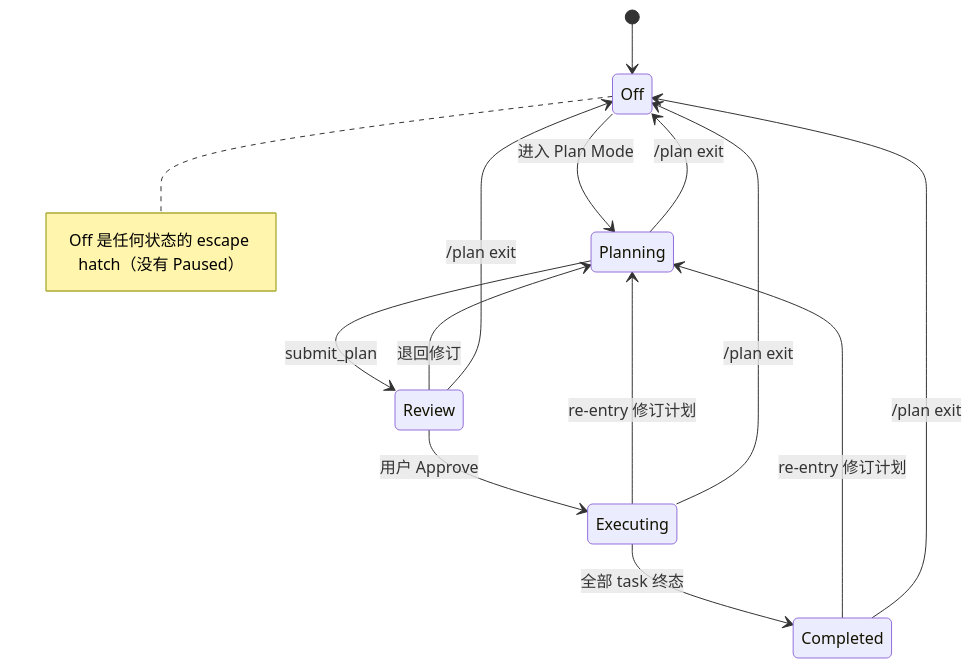
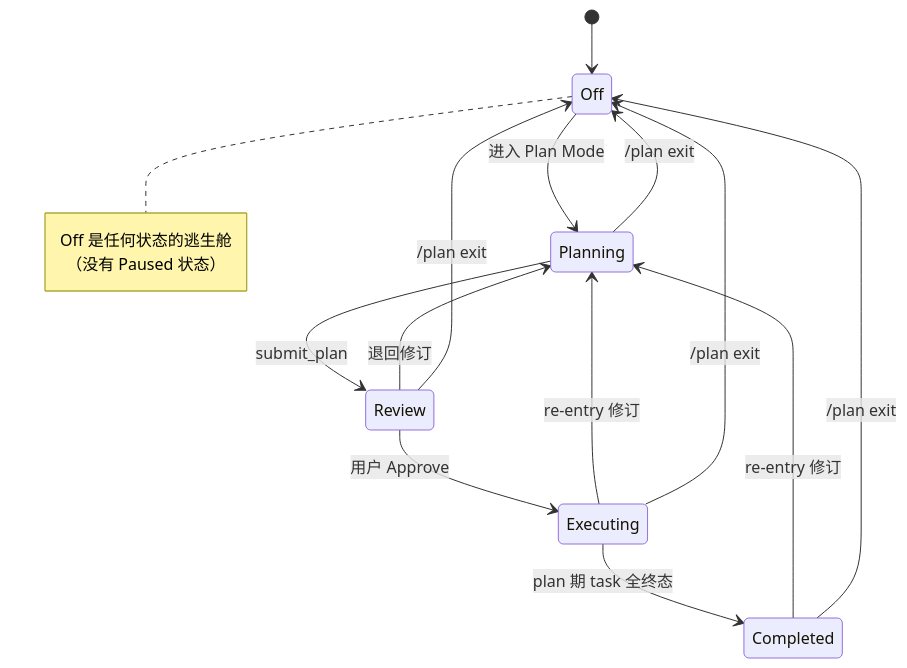
The first of 7 diagrams in docs/architecture/plan-mode.md (shiwenwen/hope-agent), drawn with Mermaid before and after one commit. The commit also changed other lines of this file and 11 other files, not shown here.

````diff
--- a/docs/architecture/plan-mode.md
+++ b/docs/architecture/plan-mode.md
@@ -58,16 +50,19 @@
 ```mermaid
 stateDiagram-v2
     [*] --> Off
     Off --> Planning: 进入 Plan Mode
     Planning --> Review: submit_plan
     Review --> Executing: 用户 Approve
     Review --> Planning: 退回修订
-    Executing --> Completed: 全部 task 终态
-    Executing --> Planning: re-entry 修订计划
-    Completed --> Planning: re-entry 修订计划
+    Executing --> Completed: plan 期 task 全终态
+    Executing --> Planning: re-entry 修订
+    Completed --> Planning: re-entry 修订
     Planning --> Off: /plan exit
     Review --> Off: /plan exit
     Executing --> Off: /plan exit
     Completed --> Off: /plan exit
-    note right of Off: Off 是任何状态的 escape hatch（没有 Paused）
+    note right of Off
+      Off 是任何状态的逃生舱
+      （没有 Paused 状态）
+    end note
 ```
````
